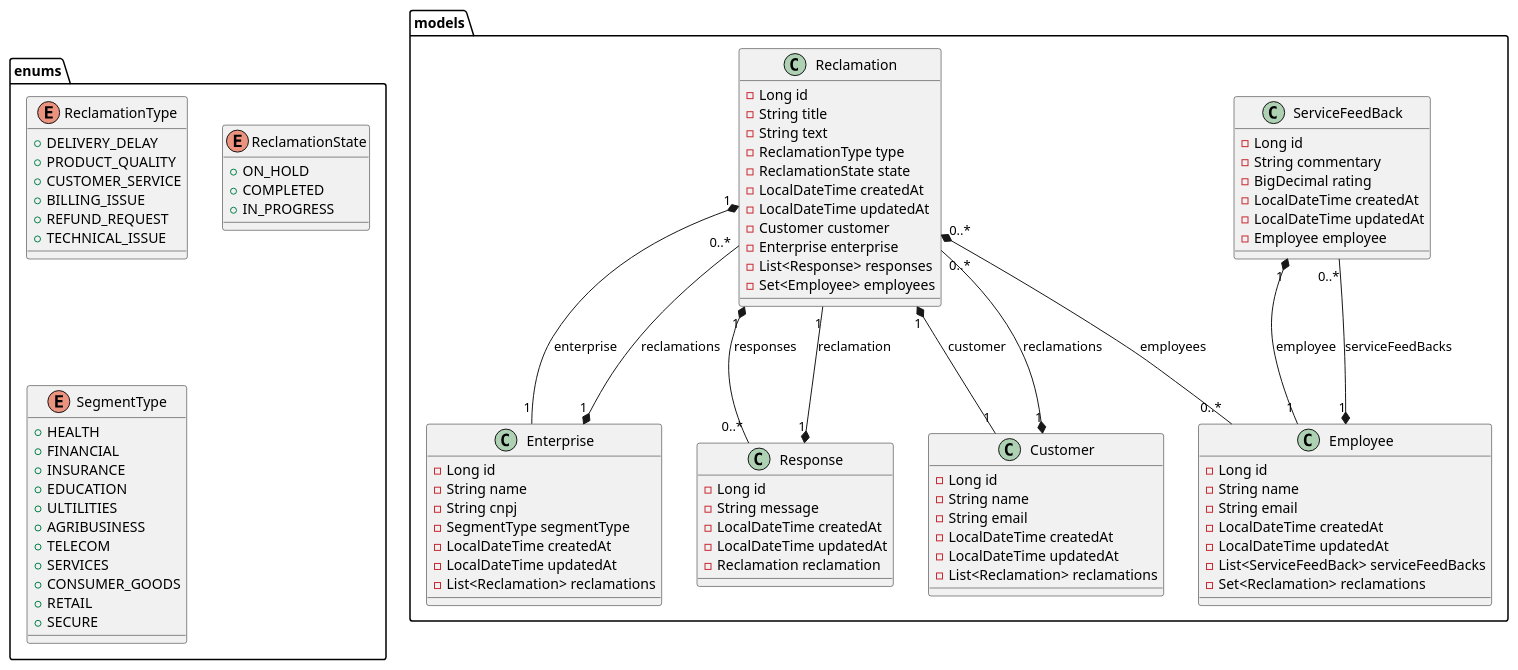
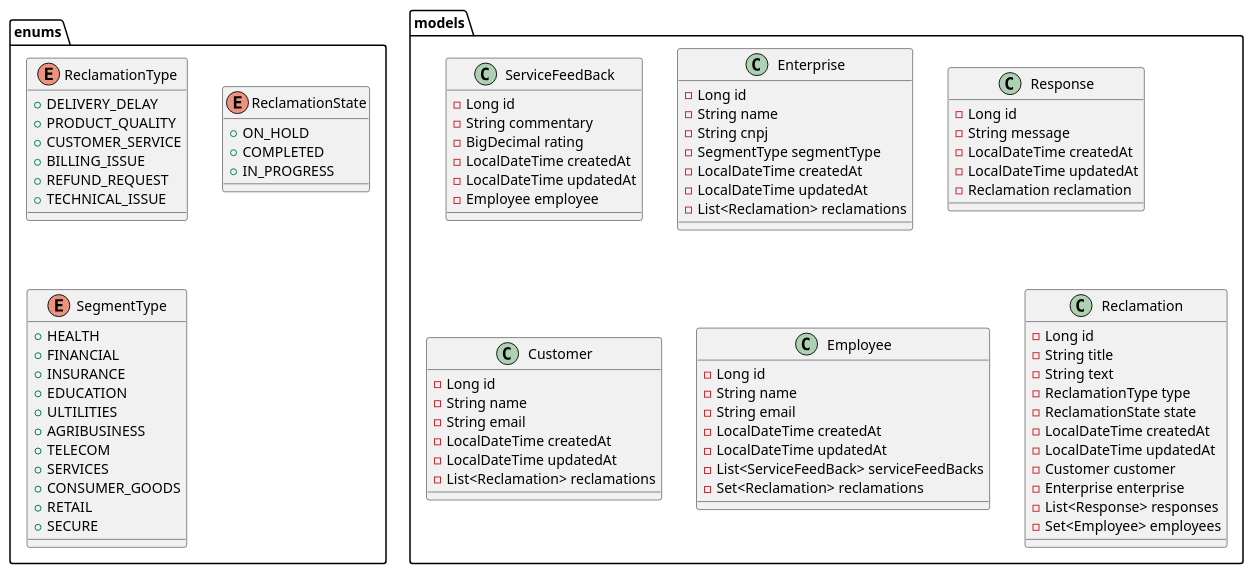
One commit to Hal9000-Fiap/Java-Plusoft changed the diagram in white_label_api.puml. Above: the diagram before and after it, drawn with PlantUML.

Commit message:
chore: add class diagram uml

```diff
--- a/white_label_api.puml
+++ b/white_label_api.puml
@@ -1,101 +1,91 @@
 @startuml
 enum enums.ReclamationType {
 +  DELIVERY_DELAY
 +  PRODUCT_QUALITY
 +  CUSTOMER_SERVICE
 +  BILLING_ISSUE
 +  REFUND_REQUEST
 +  TECHNICAL_ISSUE
 }
 
 enum enums.ReclamationState {
 +  ON_HOLD
 +  COMPLETED
 +  IN_PROGRESS
 }
 
 class models.ServiceFeedBack {
 - Long id
 - String commentary
 - BigDecimal rating
 - LocalDateTime createdAt
 - LocalDateTime updatedAt
 - Employee employee
 }
 
 class models.Enterprise {
 - Long id
 - String name
 - String cnpj
 - SegmentType segmentType
 - LocalDateTime createdAt
 - LocalDateTime updatedAt
 - List<Reclamation> reclamations
 }
 
 enum enums.SegmentType {
 +  HEALTH
 +  FINANCIAL
 +  INSURANCE
 +  EDUCATION
 +  ULTILITIES
 +  AGRIBUSINESS
 +  TELECOM
 +  SERVICES
 +  CONSUMER_GOODS
 +  RETAIL
 +  SECURE
 }
 
 class models.Response {
 - Long id
 - String message
 - LocalDateTime createdAt
 - LocalDateTime updatedAt
 - Reclamation reclamation
 }
 
 class models.Customer {
 - Long id
 - String name
 - String email
 - LocalDateTime createdAt
 - LocalDateTime updatedAt
 - List<Reclamation> reclamations
 }
 
 class models.Employee {
 - Long id
 - String name
 - String email
 - LocalDateTime createdAt
 - LocalDateTime updatedAt
 - List<ServiceFeedBack> serviceFeedBacks
 - Set<Reclamation> reclamations
 }
 
 class models.Reclamation {
 - Long id
 - String title
 - String text
 - ReclamationType type
 - ReclamationState state
 - LocalDateTime createdAt
 - LocalDateTime updatedAt
 - Customer customer
 - Enterprise enterprise
 - List<Response> responses
 - Set<Employee> employees
 }
 
-Customer "1" *-- "0..*" Reclamation : reclamations
-Employee "1" *-- "0..*" ServiceFeedBack : serviceFeedBacks
-Enterprise "1" *-- "0..*" Reclamation : reclamations
-Reclamation "1" *-- "0..*" Response : responses
-Reclamation "0..*" *-- "0..*" Employee : employees
-Reclamation "1" *-- "1" Customer : customer
-Reclamation "1" *-- "1" Enterprise : enterprise
-Response "1" *-- "1" Reclamation : reclamation
-ServiceFeedBack "1" *-- "1" Employee : employee
-
 @enduml
```
